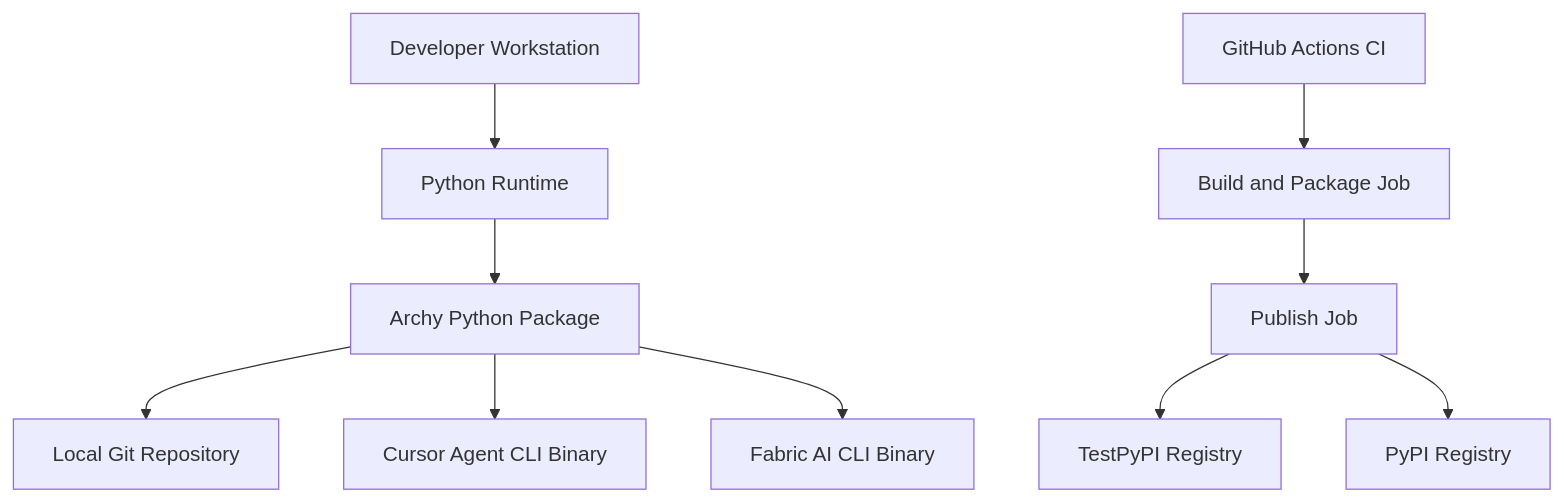
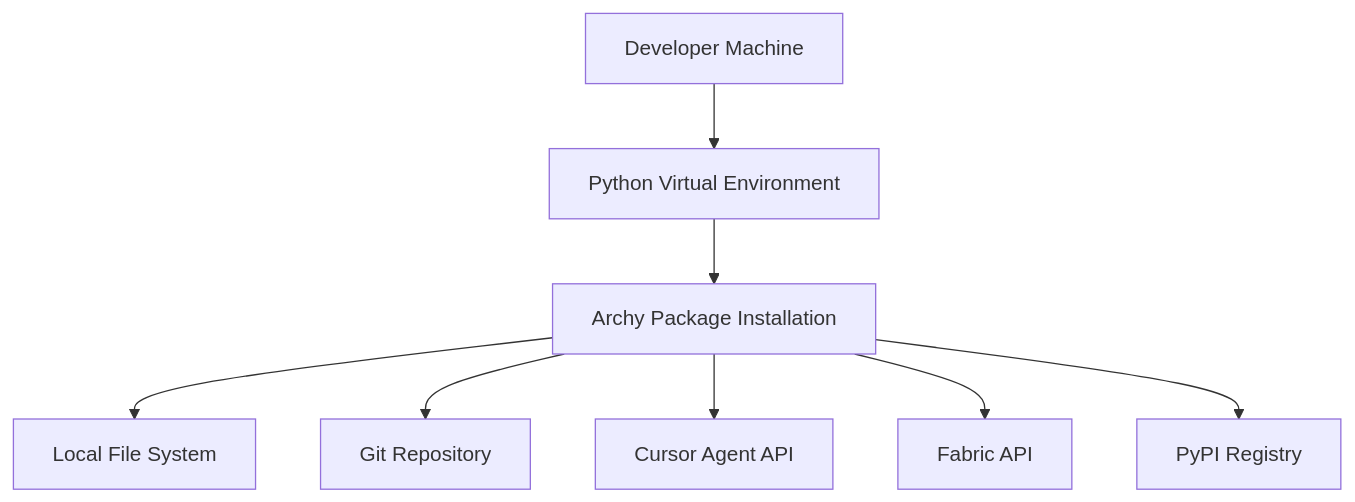
Before and after one commit to obzenner/archy: the third of 3 diagrams in ARCHY.md, drawn with Mermaid. The commit also changed other lines of this file, not shown here.

````diff
--- a/ARCHY.md
+++ b/ARCHY.md
@@ -142,26 +125,19 @@
 ```mermaid
 flowchart TB
-    DeveloperWorkstation[Developer Workstation]
-    PythonRuntime[Python Runtime]
-    ArchyPackage[Archy Python Package]
-    LocalGitRepository[Local Git Repository]
-    CursorAgentCLI[Cursor Agent CLI Binary]
-    FabricAI[Fabric AI CLI Binary]
-
-    GithubActionsCI[GitHub Actions CI]
-    BuildJob[Build and Package Job]
-    PublishJob[Publish Job]
-    TestPyPIRegistry[TestPyPI Registry]
+    DeveloperMachine[Developer Machine]
+    PythonEnvironment[Python Virtual Environment]
+    ArchyPackage[Archy Package Installation]
+    LocalFileSystem[Local File System]
+    GitRepository[Git Repository]
+    CursorAgentAPI[Cursor Agent API]
+    FabricAPI[Fabric API]
     PyPIRegistry[PyPI Registry]
-
-    DeveloperWorkstation --> PythonRuntime
-    PythonRuntime --> ArchyPackage
-    ArchyPackage --> LocalGitRepository
-    ArchyPackage --> CursorAgentCLI
-    ArchyPackage --> FabricAI
-
-    GithubActionsCI --> BuildJob
-    BuildJob --> PublishJob
-    PublishJob --> TestPyPIRegistry
-    PublishJob --> PyPIRegistry
+    
+    DeveloperMachine --> PythonEnvironment
+    PythonEnvironment --> ArchyPackage
+    ArchyPackage --> LocalFileSystem
+    ArchyPackage --> GitRepository
+    ArchyPackage --> CursorAgentAPI
+    ArchyPackage --> FabricAPI
+    ArchyPackage --> PyPIRegistry
 ```
````
